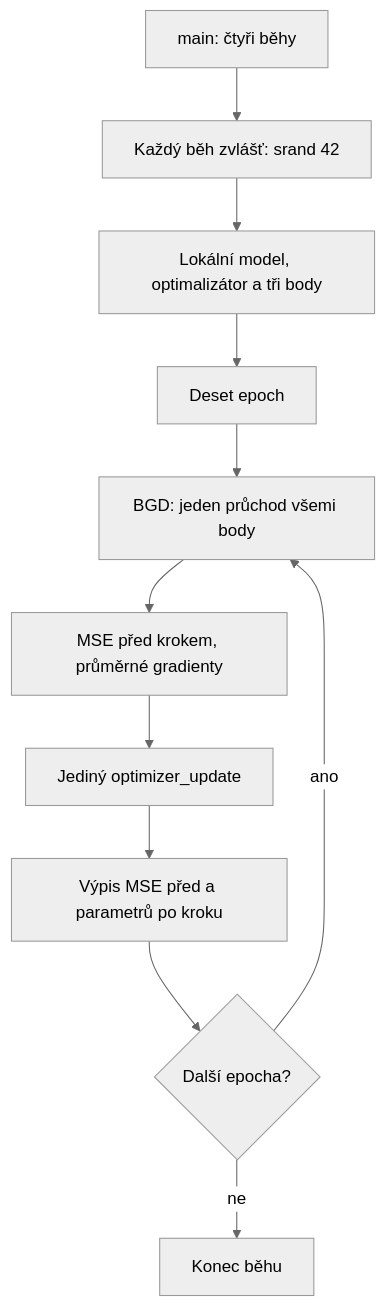
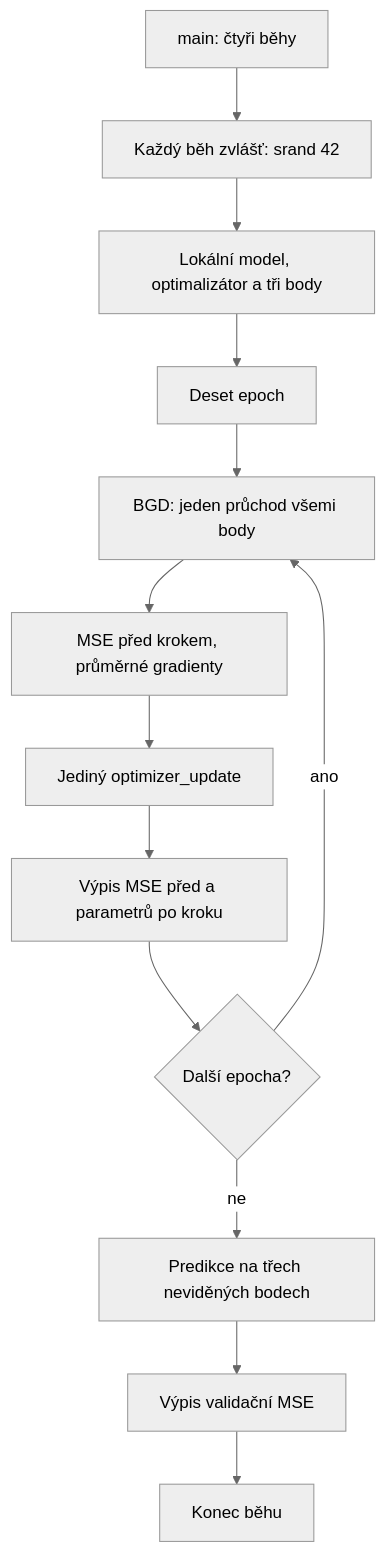
One commit to sooneoo/machine-learning changed the third of 3 diagrams in 001-LinearRegression/spec/specifikace-linearni-regrese.md. Above: the diagram before and after it, drawn with Mermaid (neutral theme). The commit also changed other lines of this file and 2 other files, not shown here.

````diff
--- a/001-LinearRegression/spec/specifikace-linearni-regrese.md
+++ b/001-LinearRegression/spec/specifikace-linearni-regrese.md
@@ -317,13 +354,15 @@
 ```mermaid
 flowchart TD
     Main[main: čtyři běhy] --> Seed[Každý běh zvlášť: srand 42]
     Seed --> Data[Lokální model, optimalizátor a tři body]
     Data --> Epoch[Deset epoch]
     Epoch --> Batch[BGD: jeden průchod všemi body]
     Batch --> Grad[MSE před krokem, průměrné gradienty]
     Grad --> Update[Jediný optimizer_update]
     Update --> Report[Výpis MSE před a parametrů po kroku]
     Report --> More{Další epocha?}
     More -->|ano| Batch
-    More -->|ne| End[Konec běhu]
+    More -->|ne| Validation[Predikce na třech neviděných bodech]
+    Validation --> ValMSE[Výpis validační MSE]
+    ValMSE --> End[Konec běhu]
 ```
````
